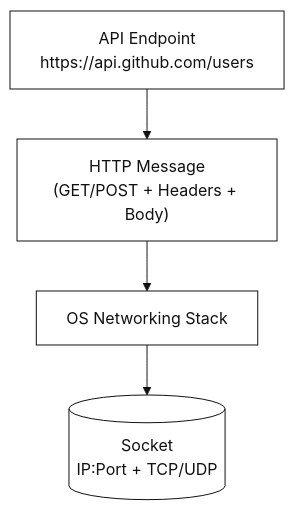
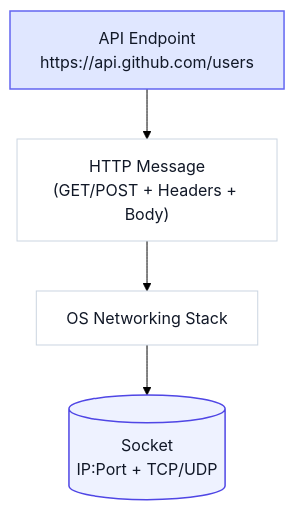
The third of 5 diagrams in sockets.md (hananather/system-design), drawn with Mermaid before and after one commit. The commit also changed other lines of this file, not shown here.

Commit message:
Restore colorful node styles while keeping canvas background white; maintain spacing settings; fix node class colors across diagrams

````diff
--- a/sockets.md
+++ b/sockets.md
@@ -63,22 +60,21 @@
 ```mermaid
 %%{init: {
   'theme': 'base',
   'themeVariables': {
     'background': '#ffffff',
-    'primaryColor': '#ffffff',
-    'primaryTextColor': '#111111',
-    'primaryBorderColor': '#111111',
-    'lineColor': '#111111',
-    'edgeLabelBackground': '#ffffff',
     'fontFamily': 'Inter, ui-sans-serif, system-ui'
   },
   'flowchart': { 'useMaxWidth': false, 'diagramPadding': 24, 'htmlLabels': true }
 }}%%
 flowchart TB
-  EP["API Endpoint<br/>https://api.github.com/users"]
-  HTTP["HTTP Message<br/>(GET/POST + Headers + Body)"]
-  OS["OS Networking Stack"]
-  SOCK[("Socket<br/>IP:Port + TCP/UDP")]
+  EP["API Endpoint<br/>https://api.github.com/users"]:::accent
+  HTTP["HTTP Message<br/>(GET/POST + Headers + Body)"]:::dim
+  OS["OS Networking Stack"]:::dim
+  SOCK[("Socket<br/>IP:Port + TCP/UDP")]:::highlight
 
   EP --> HTTP --> OS --> SOCK
+
+  classDef accent fill:#E0E7FF,stroke:#6366F1,stroke-width:1.5px,color:#111827;
+  classDef dim fill:#FFFFFF,stroke:#CBD5E1,stroke-width:1px,color:#111827;
+  classDef highlight fill:#EEF2FF,stroke:#4F46E5,stroke-width:1.5px,color:#111827;
 ```
````
